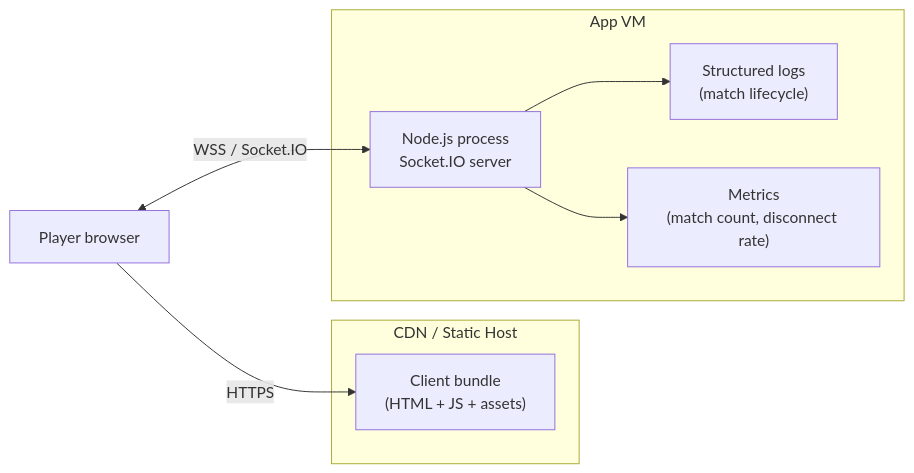
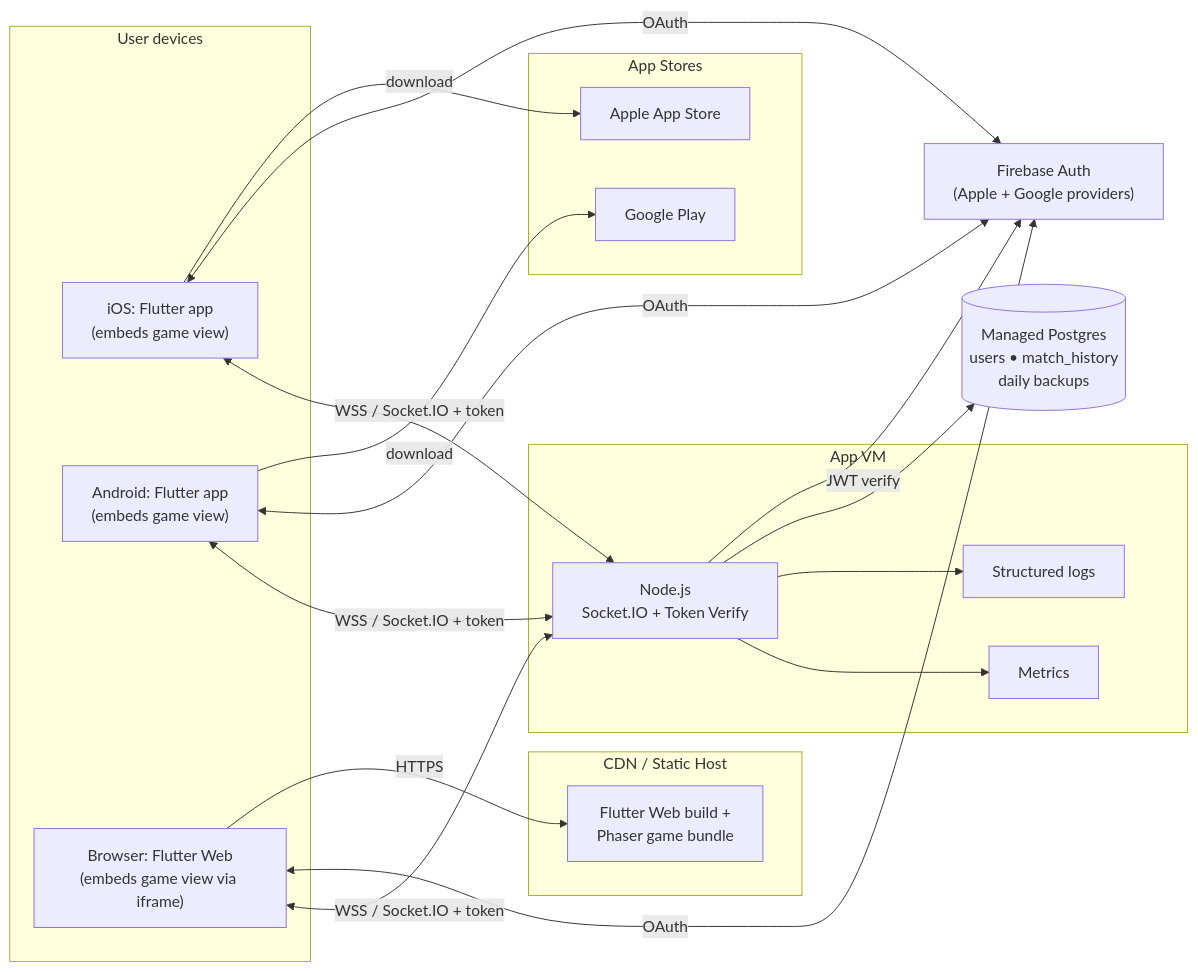
The ninth of 9 diagrams in specification/system-design.md (BuiHoangTu/match3-competitive-fe), drawn with Mermaid before and after one commit. The commit also changed other lines of this file and 3 other files, not shown here.

First line of the commit message:
docs(spec): pivot to Flutter universal shell + mandatory auth

````diff
--- a/specification/system-design.md
+++ b/specification/system-design.md
@@ -253,16 +358,40 @@
 ```mermaid
 flowchart LR
+    subgraph Users["User devices"]
+        iOS["iOS: Flutter app<br/>(embeds game view)"]
+        Android["Android: Flutter app<br/>(embeds game view)"]
+        Web["Browser: Flutter Web<br/>(embeds game view via iframe)"]
+    end
+
     subgraph Edge["CDN / Static Host"]
-        Static["Client bundle<br/>(HTML + JS + assets)"]
+        Static["Flutter Web build +<br/>Phaser game bundle"]
     end
+
+    subgraph Stores["App Stores"]
+        AppStore["Apple App Store"]
+        PlayStore["Google Play"]
+    end
+
     subgraph VM["App VM"]
-        Node["Node.js process<br/>Socket.IO server"]
-        Logs["Structured logs<br/>(match lifecycle)"]
-        Metrics["Metrics<br/>(match count, disconnect rate)"]
+        Node["Node.js<br/>Socket.IO + Token Verify"]
+        Logs["Structured logs"]
+        Metrics["Metrics"]
     end
-    Browser["Player browser"]
-    Browser -->|HTTPS| Static
-    Browser <-->|WSS / Socket.IO| Node
+
+    IdP["Firebase Auth<br/>(Apple + Google providers)"]
+    DB[("Managed Postgres<br/>users • match_history<br/>daily backups")]
+
+    iOS -->|download| AppStore
+    Android -->|download| PlayStore
+    Web -->|HTTPS| Static
+    iOS <-->|OAuth| IdP
+    Android <-->|OAuth| IdP
+    Web <-->|OAuth| IdP
+    iOS <-->|WSS / Socket.IO + token| Node
+    Android <-->|WSS / Socket.IO + token| Node
+    Web <-->|WSS / Socket.IO + token| Node
+    Node -->|JWT verify| IdP
+    Node --> DB
     Node --> Logs
     Node --> Metrics
 ```
````
